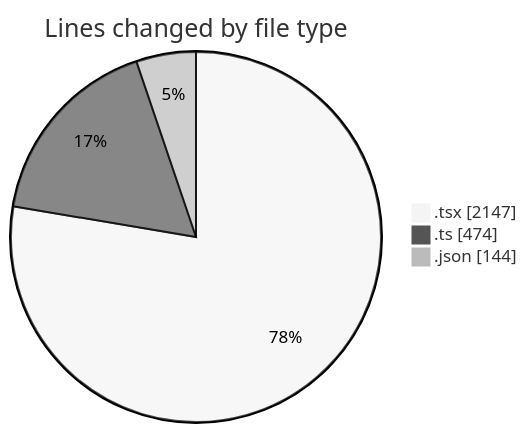
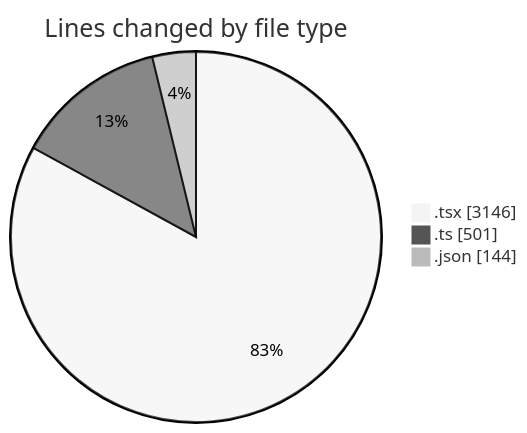
The first of 2 diagrams in 2025-02-18/mbc-web/README.md (robertbonfada/code-tracking), drawn with Mermaid (neutral theme) before and after one commit. The commit also changed other lines of this file and 1 other file, not shown here.

````diff
--- a/2025-02-18/mbc-web/README.md
+++ b/2025-02-18/mbc-web/README.md
@@ -38,7 +50,7 @@
 ```mermaid
 pie showData
 title Lines changed by file type
-".tsx" : 2147
-".ts" : 474
+".tsx" : 3146
+".ts" : 501
 ".json" : 144
 ```
````
